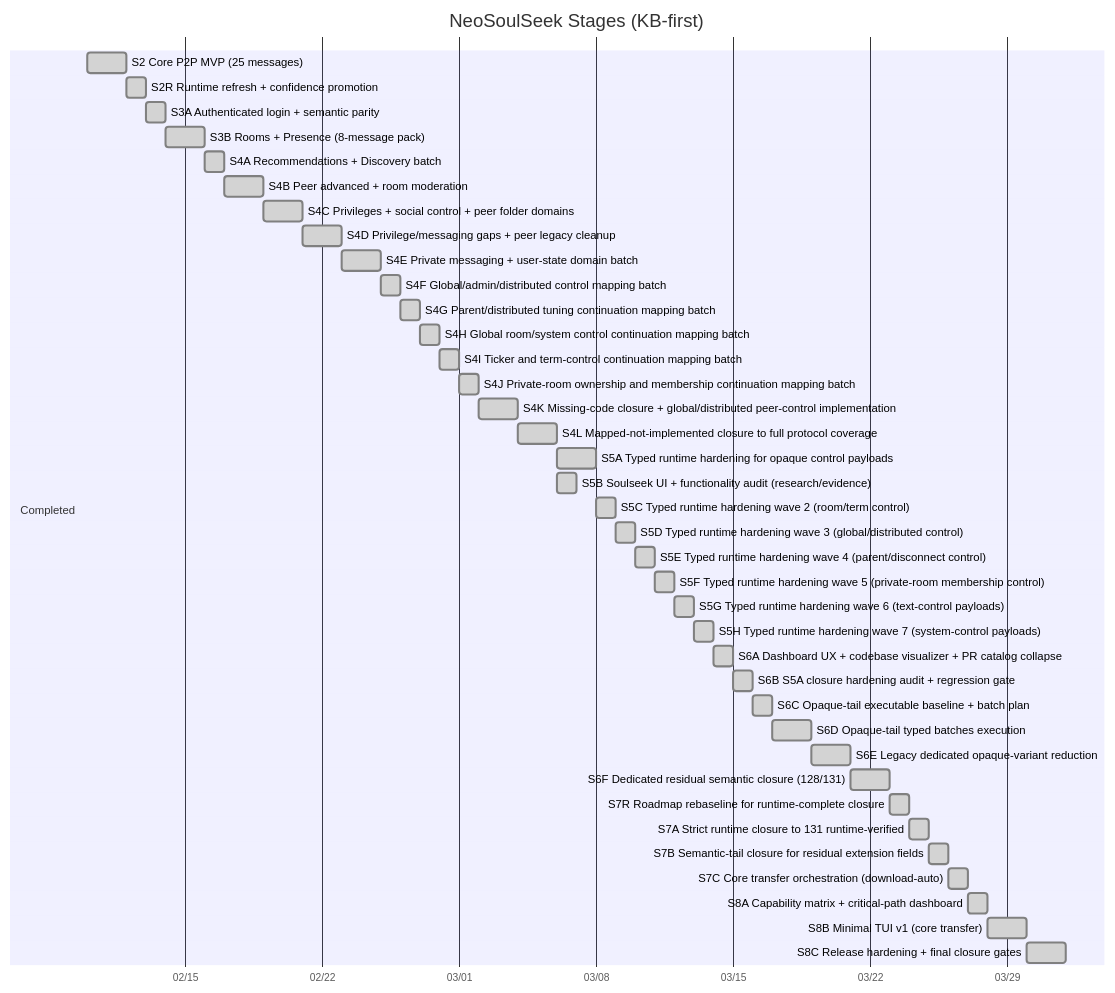
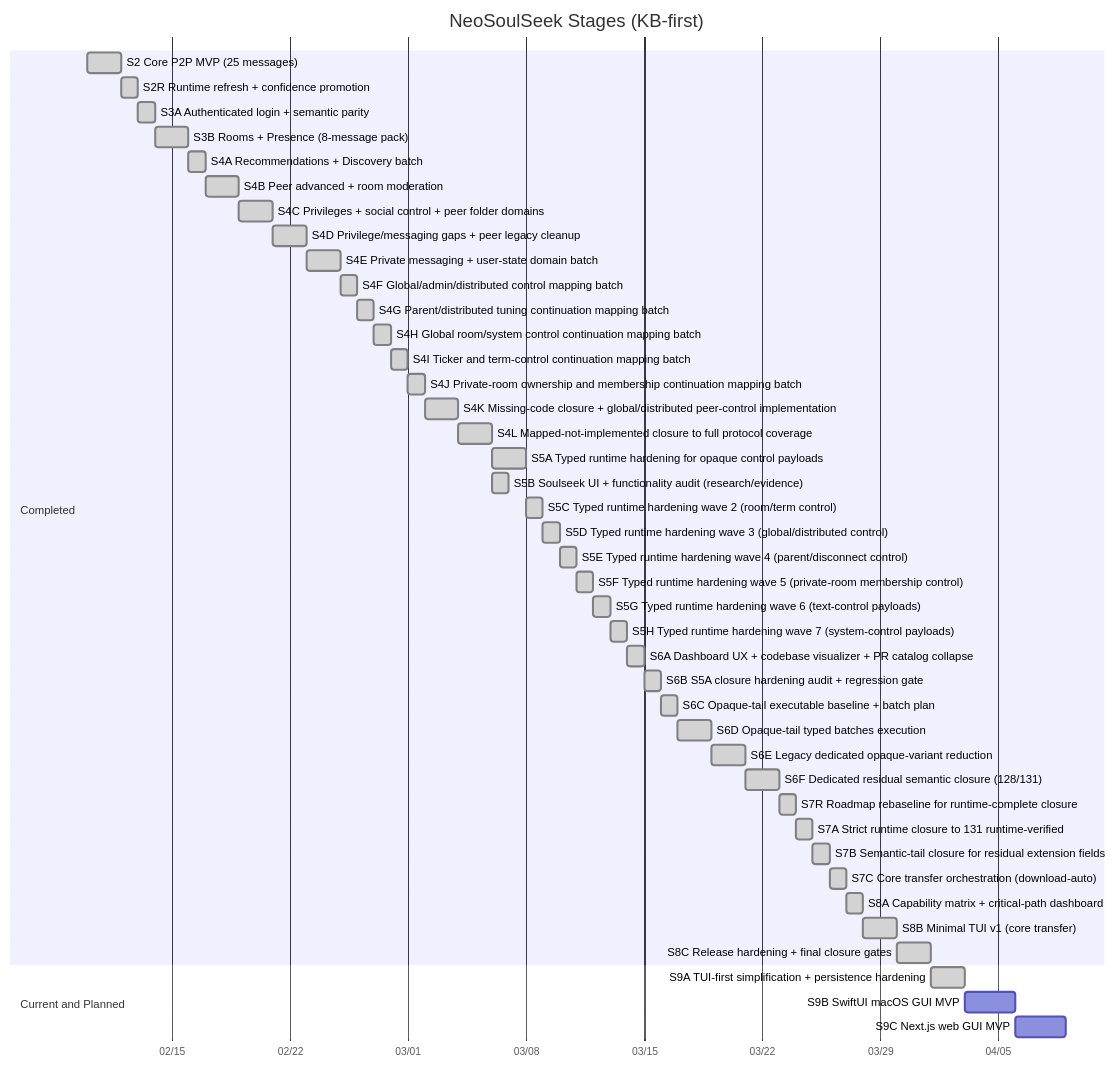
One commit to fedejinich/nss changed the first of 8 diagrams in docs/state/roadmap.md. Above: the diagram before and after it, drawn with Mermaid. The commit also changed other lines of this file and 28 other files, not shown here.

Commit message:
s9a: simplify tui flow and close persistence gates

````diff
--- a/docs/state/roadmap.md
+++ b/docs/state/roadmap.md
@@ -22,44 +24,48 @@
 ```mermaid
 gantt
     title NeoSoulSeek Stages (KB-first)
     dateFormat  YYYY-MM-DD
     axisFormat  %m/%d
     section Completed
     S2 Core P2P MVP (25 messages) :done, s2, 2026-02-10, 2d
     S2R Runtime refresh + confidence promotion :done, s2r, after s2, 1d
     S3A Authenticated login + semantic parity :done, s3a, after s2r, 1d
     S3B Rooms + Presence (8-message pack) :done, s3b, 2026-02-14, 2d
     S4A Recommendations + Discovery batch :done, s4a, after s3b, 1d
     S4B Peer advanced + room moderation :done, s4b, after s4a, 2d
     S4C Privileges + social control + peer folder domains :done, s4c, after s4b, 2d
     S4D Privilege/messaging gaps + peer legacy cleanup :done, s4d, after s4c, 2d
     S4E Private messaging + user-state domain batch :done, s4e, after s4d, 2d
     S4F Global/admin/distributed control mapping batch :done, s4f, after s4e, 1d
     S4G Parent/distributed tuning continuation mapping batch :done, s4g, after s4f, 1d
     S4H Global room/system control continuation mapping batch :done, s4h, after s4g, 1d
     S4I Ticker and term-control continuation mapping batch :done, s4i, after s4h, 1d
     S4J Private-room ownership and membership continuation mapping batch :done, s4j, after s4i, 1d
     S4K Missing-code closure + global/distributed peer-control implementation :done, s4k, after s4j, 2d
     S4L Mapped-not-implemented closure to full protocol coverage :done, s4l, after s4k, 2d
     S5A Typed runtime hardening for opaque control payloads :done, s5a, after s4l, 2d
     S5B Soulseek UI + functionality audit (research/evidence) :done, s5b, after s4l, 1d
     S5C Typed runtime hardening wave 2 (room/term control) :done, s5c, after s5a, 1d
     S5D Typed runtime hardening wave 3 (global/distributed control) :done, s5d, after s5c, 1d
     S5E Typed runtime hardening wave 4 (parent/disconnect control) :done, s5e, after s5d, 1d
     S5F Typed runtime hardening wave 5 (private-room membership control) :done, s5f, after s5e, 1d
     S5G Typed runtime hardening wave 6 (text-control payloads) :done, s5g, after s5f, 1d
     S5H Typed runtime hardening wave 7 (system-control payloads) :done, s5h, after s5g, 1d
     S6A Dashboard UX + codebase visualizer + PR catalog collapse :done, s6a, after s5h, 1d
     S6B S5A closure hardening audit + regression gate :done, s6b, after s6a, 1d
     S6C Opaque-tail executable baseline + batch plan :done, s6c, after s6b, 1d
     S6D Opaque-tail typed batches execution :done, s6d, after s6c, 2d
     S6E Legacy dedicated opaque-variant reduction :done, s6e, after s6d, 2d
     S6F Dedicated residual semantic closure (128/131) :done, s6f, after s6e, 2d
     S7R Roadmap rebaseline for runtime-complete closure :done, s7r, after s6f, 1d
     S7A Strict runtime closure to 131 runtime-verified :done, s7a, after s7r, 1d
     S7B Semantic-tail closure for residual extension fields :done, s7b, after s7a, 1d
     S7C Core transfer orchestration (download-auto) :done, s7c, after s7b, 1d
     S8A Capability matrix + critical-path dashboard :done, s8a, after s7c, 1d
     S8B Minimal TUI v1 (core transfer) :done, s8b, after s8a, 2d
     S8C Release hardening + final closure gates :done, s8c, after s8b, 2d
+    section Current and Planned
+    S9A TUI-first simplification + persistence hardening :done, s9a, after s8c, 2d
+    S9B SwiftUI macOS GUI MVP :s9b, after s9a, 3d
+    S9C Next.js web GUI MVP :s9c, after s9b, 3d
 ```
````
